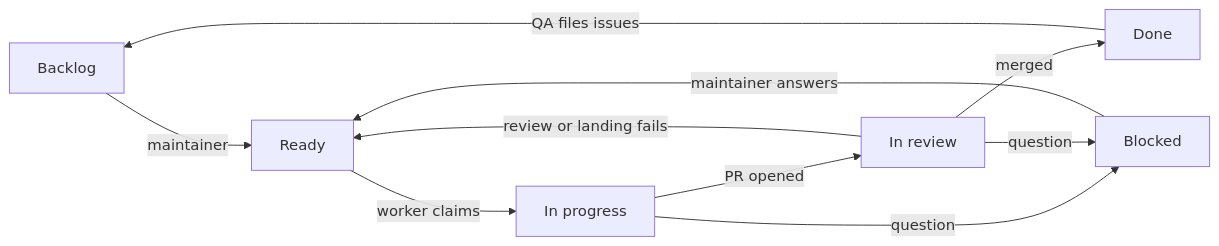
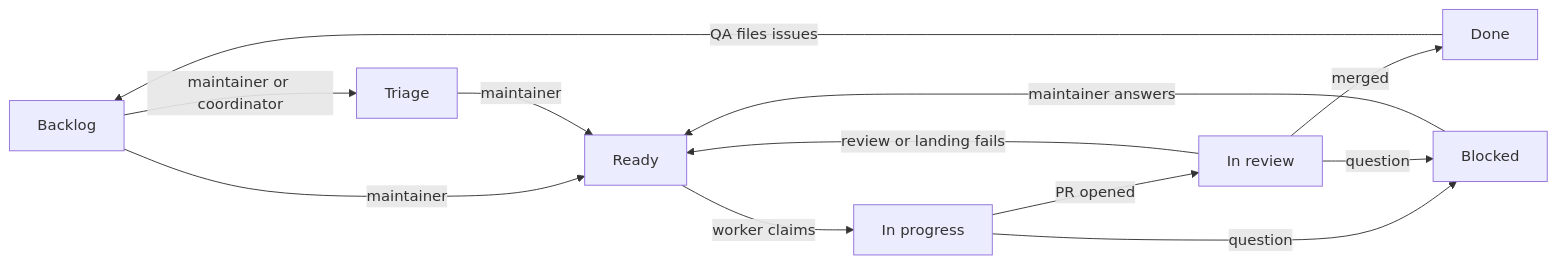
Before and after one commit to tvararu/tuicraft: the diagram in docs/factory.md, drawn with Mermaid. The commit also changed other lines of this file and 4 other files, not shown here.

````diff
--- a/docs/factory.md
+++ b/docs/factory.md
@@ -12,12 +12,14 @@
 ```mermaid
 flowchart LR
   B[Backlog] -->|maintainer| R[Ready]
+  B -->|maintainer or coordinator| T[Triage]
+  T -->|maintainer| R
   R -->|worker claims| P[In progress]
   P -->|PR opened| V[In review]
   V -->|review or landing fails| R
   V -->|merged| D[Done]
   P -->|question| K[Blocked]
   V -->|question| K
   K -->|maintainer answers| R
   D -->|QA files issues| B
 ```
````
